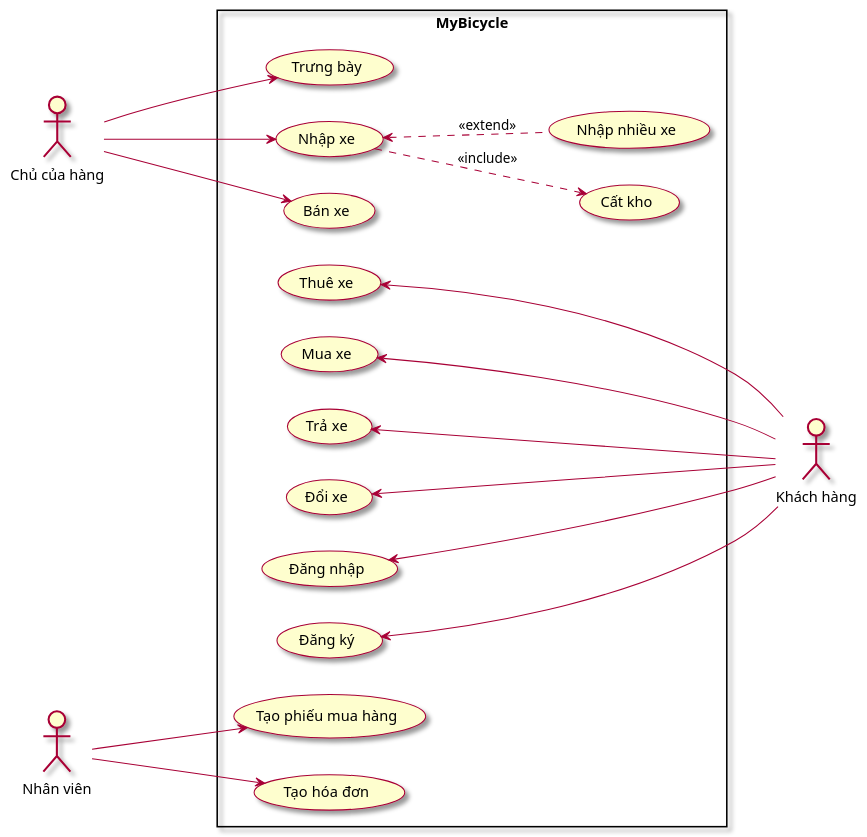
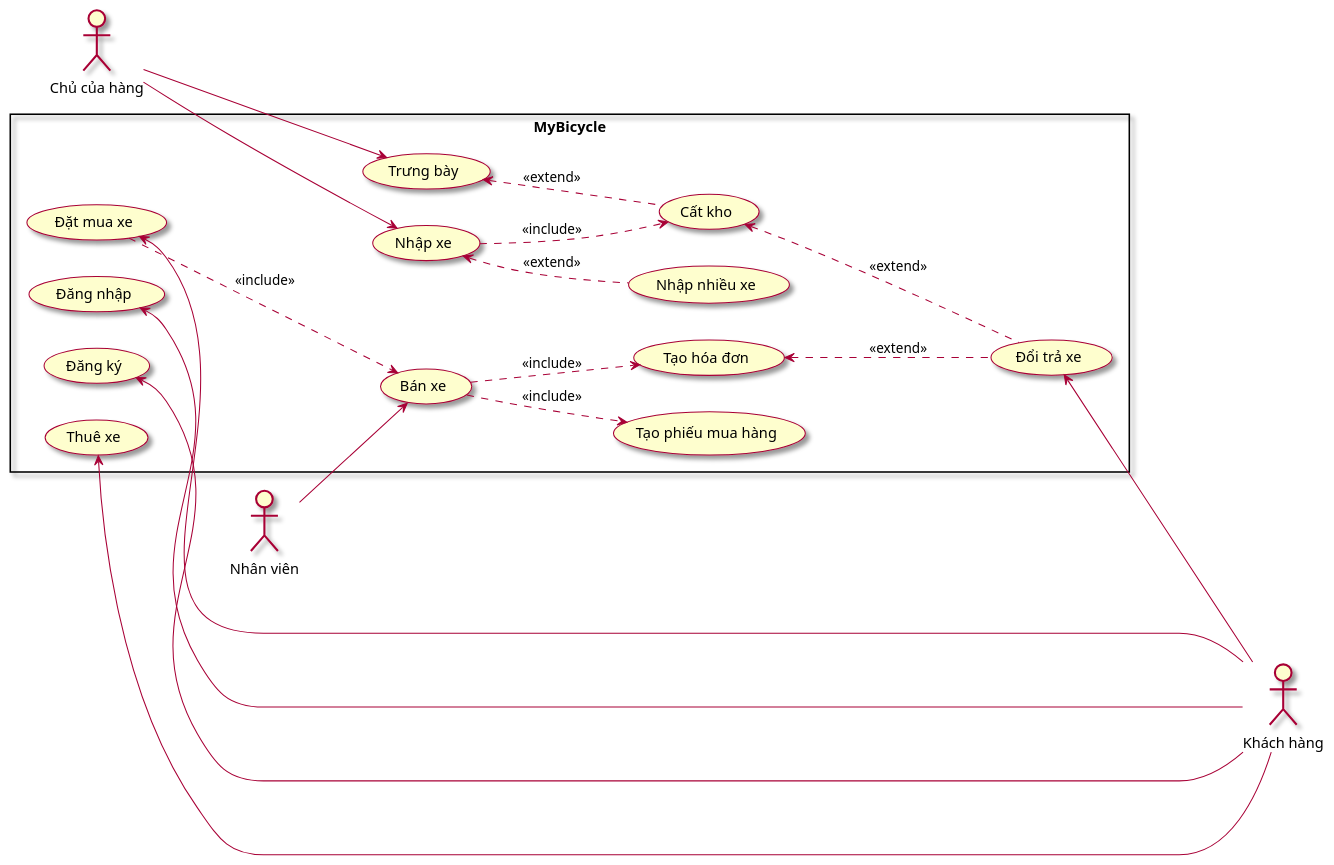
Before and after one commit to Marowota/SE100-plantuml: the diagram in excercise/uc.puml, drawn with PlantUML.

```diff
--- a/excercise/uc.puml
+++ b/excercise/uc.puml
@@ -1,44 +1,48 @@
 @startuml MyBicycle
 skin rose
 left to right direction
 
 actor "Chủ của hàng" as owner
 actor "Khách hàng" as customer
 actor "Nhân viên" as staff
 
 rectangle MyBicycle {
     usecase "Trưng bày" as trungBay
     usecase "Nhập xe" as nhapXe
     usecase "Bán xe" as banXe
     usecase "Thuê xe" as thueXe
-    usecase "Mua xe" as muaXe
-    usecase "Trả xe" as traXe
-    usecase "Đổi xe" as doiXe
+    usecase "Đặt mua xe" as muaXe
+    usecase "Đổi trả xe" as doiTraXe
+    ' usecase "Trả xe" as traXe
+    ' usecase "Đổi xe" as doiXe
     usecase "Đăng nhập" as dangNhap
     usecase "Đăng ký" as dangKy
     usecase "Tạo phiếu mua hàng" as taoPhieuMuaHang
     usecase "Tạo hóa đơn" as taoHoaDon
     usecase "Cất kho" as catKho
     usecase "Nhập nhiều xe" as nhapNhieuXe
 }
 
 owner ---> (nhapXe)
 (nhapXe) ..> (catKho): <<include>>
 (nhapXe) <.. (nhapNhieuXe): <<extend>>
-owner --> (banXe)
 owner ---> (trungBay)
+(trungBay) <.. (catKho): <<extend>>
 
+(muaXe) ...> (banXe): <<include>>
 (thueXe) <--- customer
 (muaXe) <--- customer
-(traXe) <--- customer
-(doiXe) <--- customer
-(dangKy) <-- customer
+(doiTraXe) <--- customer
+(catKho) <... (doiTraXe): <<extend>>
+(taoHoaDon) <... (doiTraXe): <<extend>>
+(dangKy) <--- customer
 (dangNhap) <--- customer
 
-staff ---> (taoPhieuMuaHang)
-staff ---> (taoHoaDon)
+staff --> (banXe)
+(banXe) ..> (taoPhieuMuaHang): <<include>>
+(banXe) ..> (taoHoaDon): <<include>>
 
 
 
 
 @enduml
```
